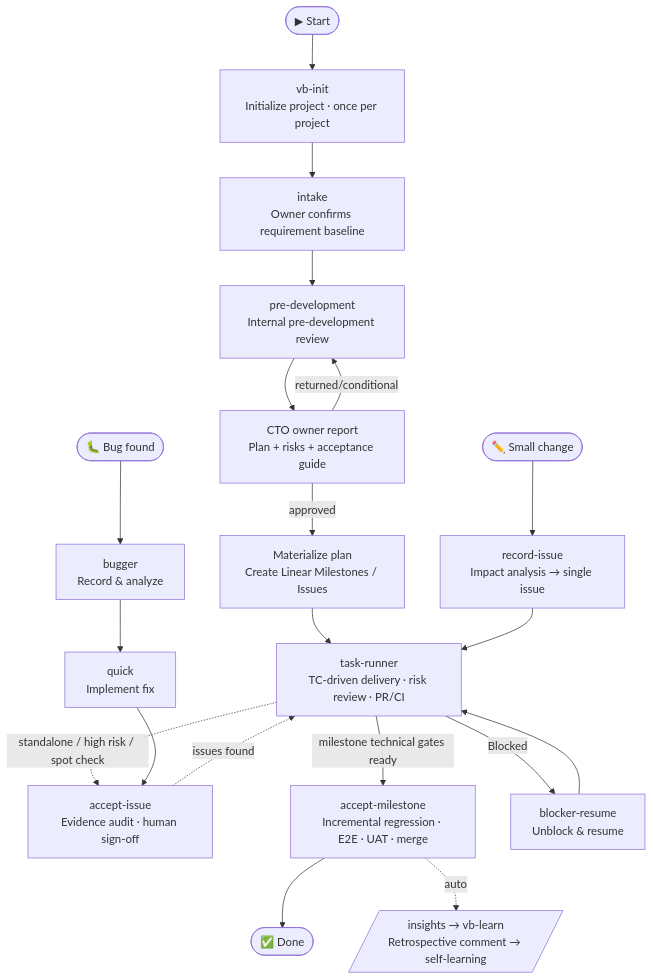
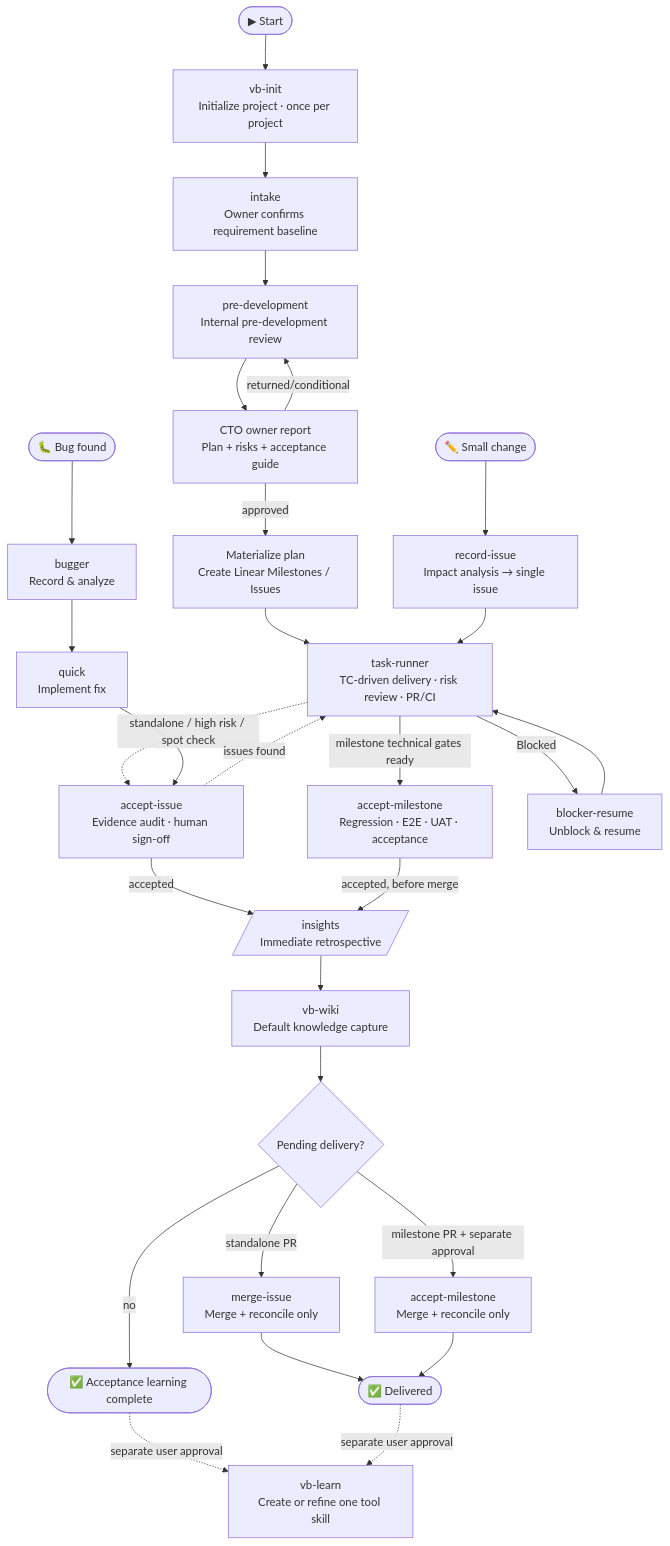
Before and after one commit to JsonLee12138/vibeRig: the diagram in README.md, drawn with Mermaid. The commit also changed other lines of this file and 35 other files, not shown here.

Commit message:
feat(learning): add acceptance knowledge workflow

````diff
--- a/README.md
+++ b/README.md
@@ -7,22 +7,31 @@
 ```mermaid
 flowchart TD
     S([▶ Start]) --> Init["vb-init\nInitialize project · once per project"]
     Init --> Intake["intake\nOwner confirms requirement baseline"]
     Intake --> PreDev["pre-development\nInternal pre-development review"]
     PreDev --> OwnerReview["CTO owner report\nPlan + risks + acceptance guide"]
     OwnerReview -->|approved| Materialize["Materialize plan\nCreate Linear Milestones / Issues"]
     OwnerReview -->|returned/conditional| PreDev
     Materialize --> TaskRunner["task-runner\nTC-driven delivery · risk review · PR/CI"]
     TaskRunner -.->|"standalone / high risk / spot check"| AcceptIssue["accept-issue\nEvidence audit · human sign-off"]
     AcceptIssue -.->|"issues found"| TaskRunner
-    TaskRunner -->|"milestone technical gates ready"| AcceptMs["accept-milestone\nIncremental regression · E2E · UAT · merge"]
-    AcceptMs --> Done([✅ Done])
-    AcceptMs -."auto".-> Insights[/"insights → vb-learn\nRetrospective comment → self-learning"/]
+    AcceptIssue -->|"accepted"| Insights[/"insights\nImmediate retrospective"/]
+    TaskRunner -->|"milestone technical gates ready"| AcceptMs["accept-milestone\nRegression · E2E · UAT · acceptance"]
+    AcceptMs -->|"accepted, before merge"| Insights
+    Insights --> Wiki["vb-wiki\nDefault knowledge capture"]
+    Wiki --> Delivery{"Pending delivery?"}
+    Delivery -->|"no"| Learned([✅ Acceptance learning complete])
+    Delivery -->|"standalone PR"| MergeIssue["merge-issue\nMerge + reconcile only"]
+    Delivery -->|"milestone PR + separate approval"| MilestoneMerge["accept-milestone\nMerge + reconcile only"]
+    MergeIssue --> Delivered([✅ Delivered])
+    MilestoneMerge --> Delivered
+    Learned -."separate user approval".-> Learn["vb-learn\nCreate or refine one tool skill"]
+    Delivered -."separate user approval".-> Learn
     TaskRunner -->|"Blocked"| Blocker["blocker-resume\nUnblock & resume"]
     Blocker --> TaskRunner
 
     SmallEntry(["✏️ Small change"]) --> RecordIssue["record-issue\nImpact analysis → single issue"]
     RecordIssue --> TaskRunner
     BugEntry(["🐛 Bug found"]) --> Bugger["bugger\nRecord & analyze"]
     Bugger --> Quick["quick\nImplement fix"] --> AcceptIssue
 ```
````
